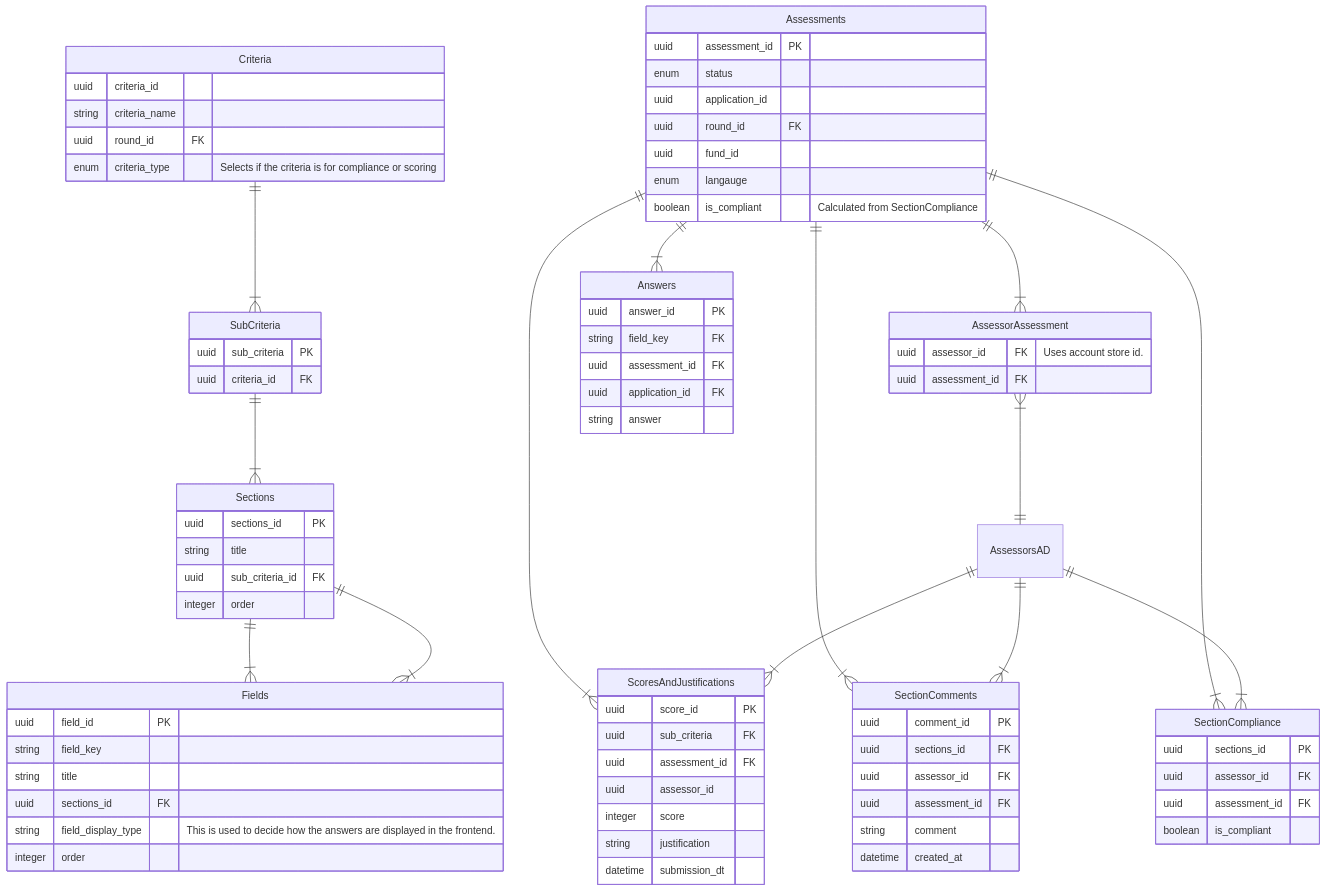
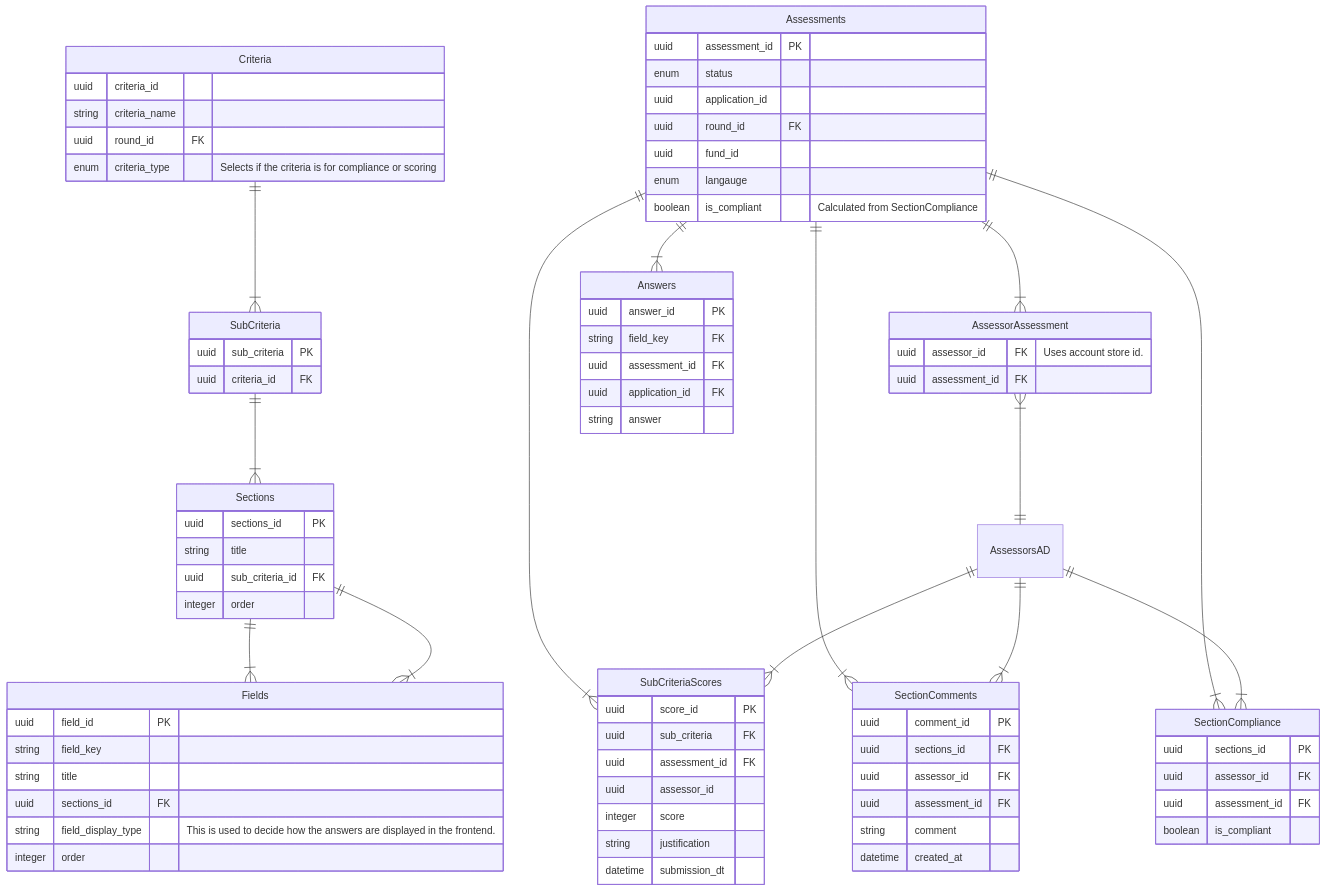
One commit to communitiesuk/funding-service-design-assessment-store changed the diagram in diagrams/db_diagram.md. Above: the diagram before and after it, drawn with Mermaid.

```diff
--- a/diagrams/db_diagram.md
+++ b/diagrams/db_diagram.md
@@ -44,7 +44,7 @@
 		uuid application_id FK
 		string answer
 	}
-	ScoresAndJustifications {
+	SubCriteriaScores {
 		uuid score_id PK
 		uuid sub_criteria FK
 		uuid assessment_id FK
@@ -69,13 +69,13 @@
 	}
 	
 	
-	Assessments ||--|{ ScoresAndJustifications : ""
+	Assessments ||--|{ SubCriteriaScores : ""
 	Assessments ||--|{ SectionComments : ""
 	Assessments ||--|{ SectionCompliance : ""
 	Assessments ||--|{ Answers : ""
 	Assessments ||--|{ AssessorAssessment : ""
 	AssessorsAD ||--|{ SectionComments : ""
-	AssessorsAD ||--|{ ScoresAndJustifications : ""
+	AssessorsAD ||--|{ SubCriteriaScores : ""
 	AssessorsAD ||--|{ SectionCompliance : ""
 	AssessorAssessment }|--|| AssessorsAD : ""
 	
```
